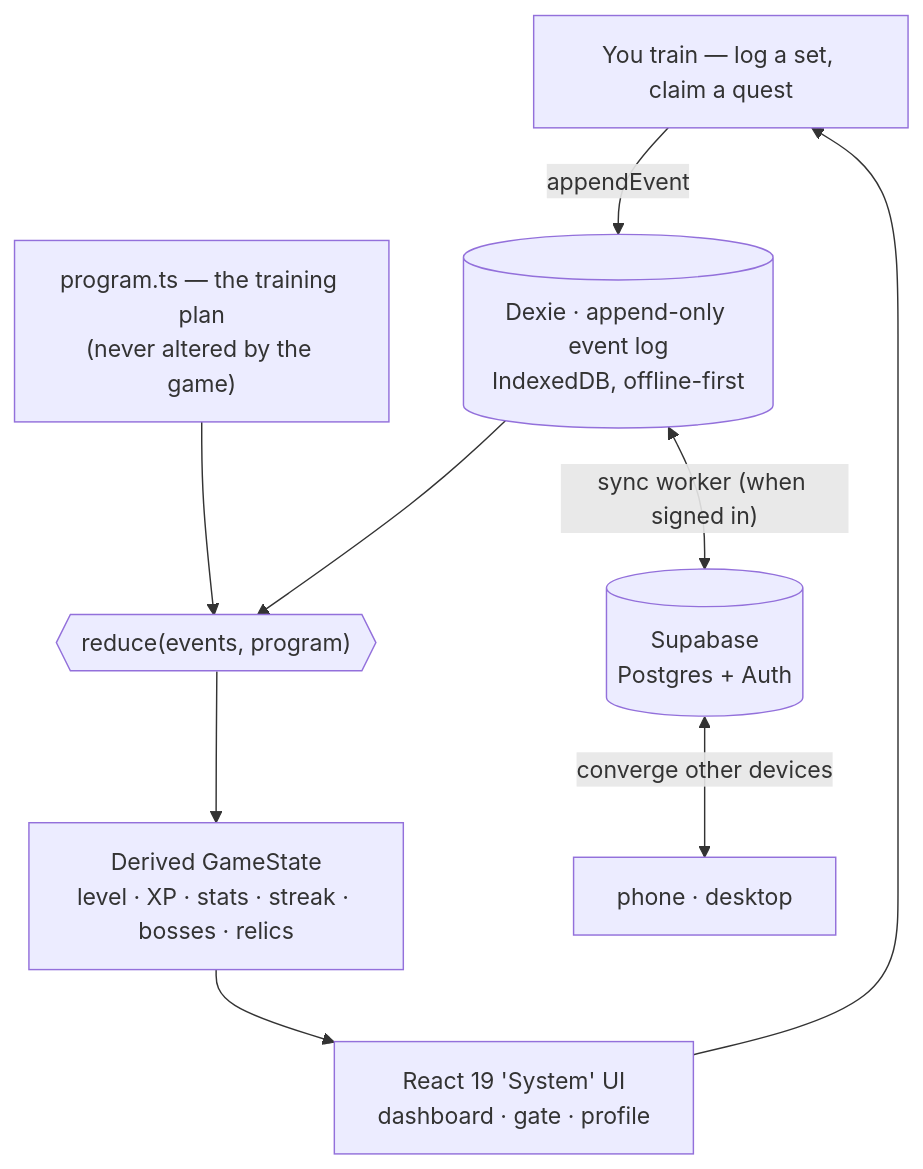
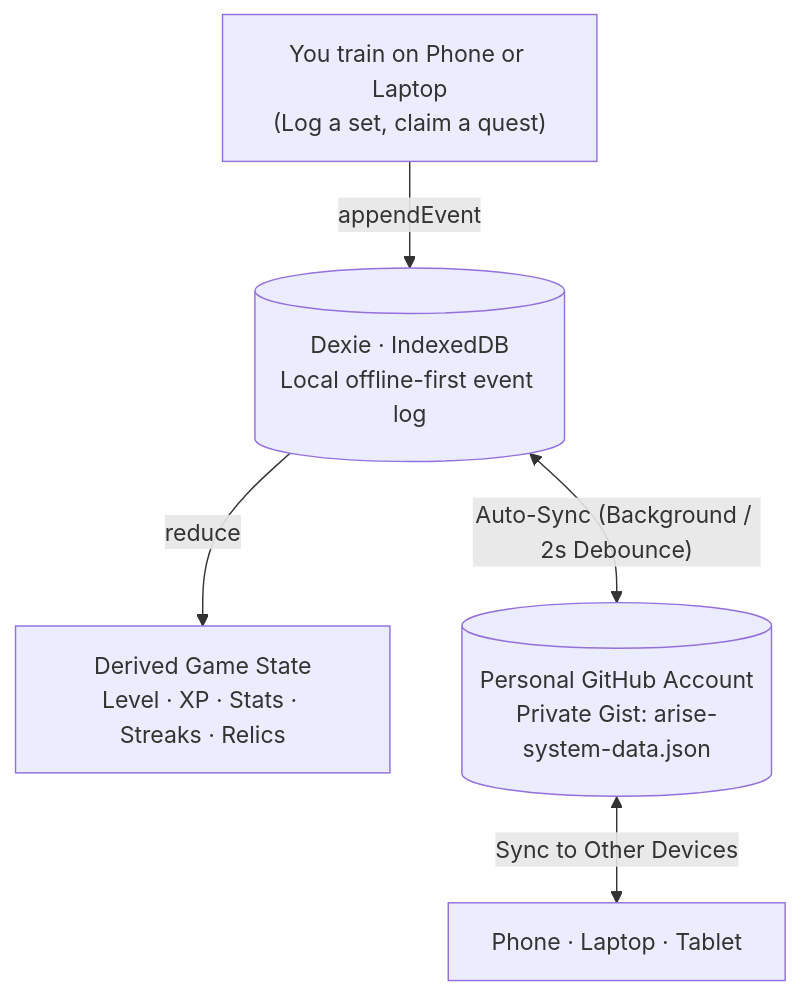
The diagram in README.md (github4Wsourav/arise), drawn with Mermaid before and after one commit. The commit also changed other lines of this file and 20 other files, not shown here.

Commit message:
feat: Arise Fitness RPG with local offline storage, PWA support, and GitHub cloud sync

````diff
--- a/README.md
+++ b/README.md
@@ -24,11 +34,7 @@
 ```mermaid
 flowchart TD
-    A["You train — log a set, claim a quest"] -->|appendEvent| L[("Dexie · append-only event log<br/>IndexedDB, offline-first")]
-    P["program.ts — the training plan<br/>(never altered by the game)"] --> R
-    L --> R{{"reduce(events, program)"}}
-    R --> G["Derived GameState<br/>level · XP · stats · streak · bosses · relics"]
-    G --> U["React 19 'System' UI<br/>dashboard · gate · profile"]
-    U --> A
-    L <-->|"sync worker (when signed in)"| S[("Supabase<br/>Postgres + Auth")]
-    S <-->|"converge other devices"| D["phone · desktop"]
+    A["You train on Phone or Laptop<br/>(Log a set, claim a quest)"] -->|appendEvent| L[("Dexie · IndexedDB<br/>Local offline-first event log")]
+    L -->|reduce| G["Derived Game State<br/>Level · XP · Stats · Streaks · Relics"]
+    L <-->|"Auto-Sync (Background / 2s Debounce)"| GH[("Personal GitHub Account<br/>Private Gist: arise-system-data.json")]
+    GH <-->|"Sync to Other Devices"| D["Phone · Laptop · Tablet"]
 ```
````
